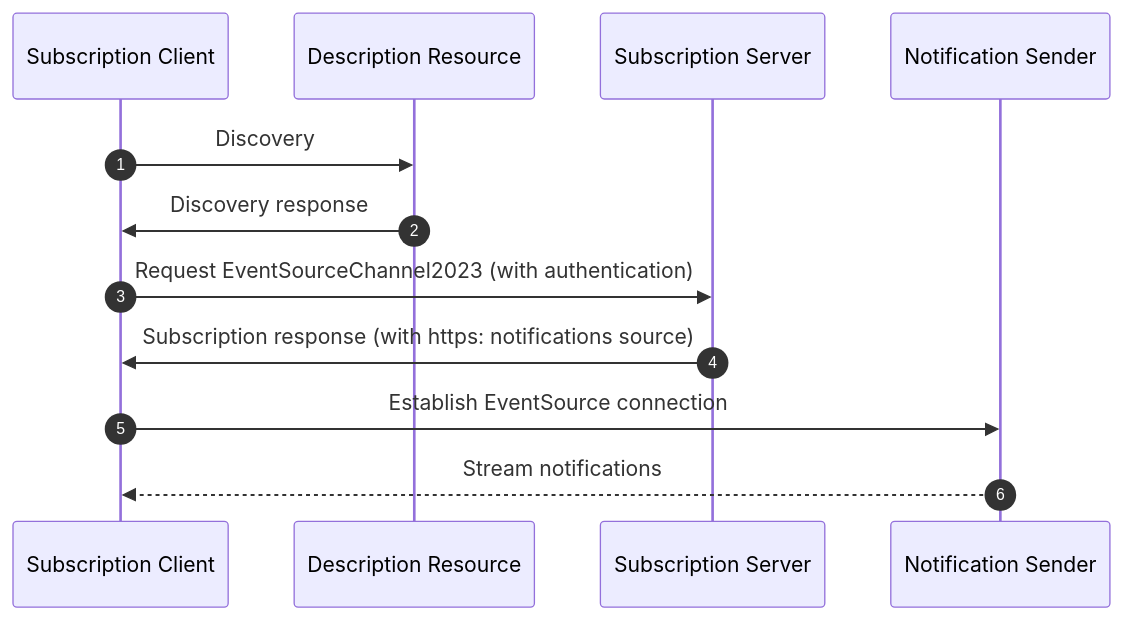
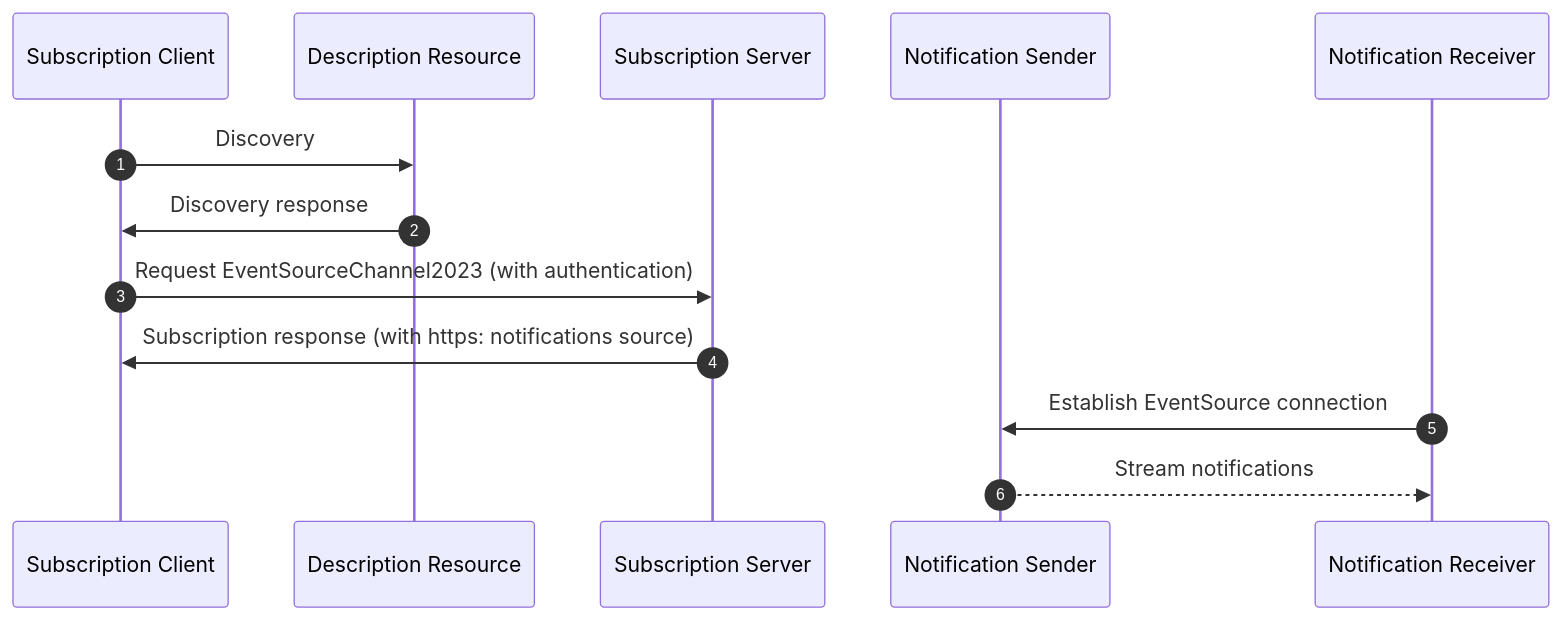
One commit to solid/notifications changed the diagram in eventsource-channel-2023-flow.mmd. Above: the diagram before and after it, drawn with Mermaid.

```diff
--- a/eventsource-channel-2023-flow.mmd
+++ b/eventsource-channel-2023-flow.mmd
@@ -1,13 +1,13 @@
 sequenceDiagram
   autonumber
   participant Subscription Client
   participant Description Resource
   participant Subscription Server
   participant Notification Sender
 
   Subscription Client ->> Description Resource: Discovery
   Description Resource ->> Subscription Client: Discovery response
   Subscription Client ->> Subscription Server: Request EventSourceChannel2023 (with authentication)
   Subscription Server ->> Subscription Client: Subscription response (with https: notifications source)
-  Subscription Client ->> Notification Sender: Establish EventSource connection
-  Notification Sender -->> Subscription Client: Stream notifications
+  Notification Receiver ->> Notification Sender: Establish EventSource connection
+  Notification Sender -->> Notification Receiver: Stream notifications
```
